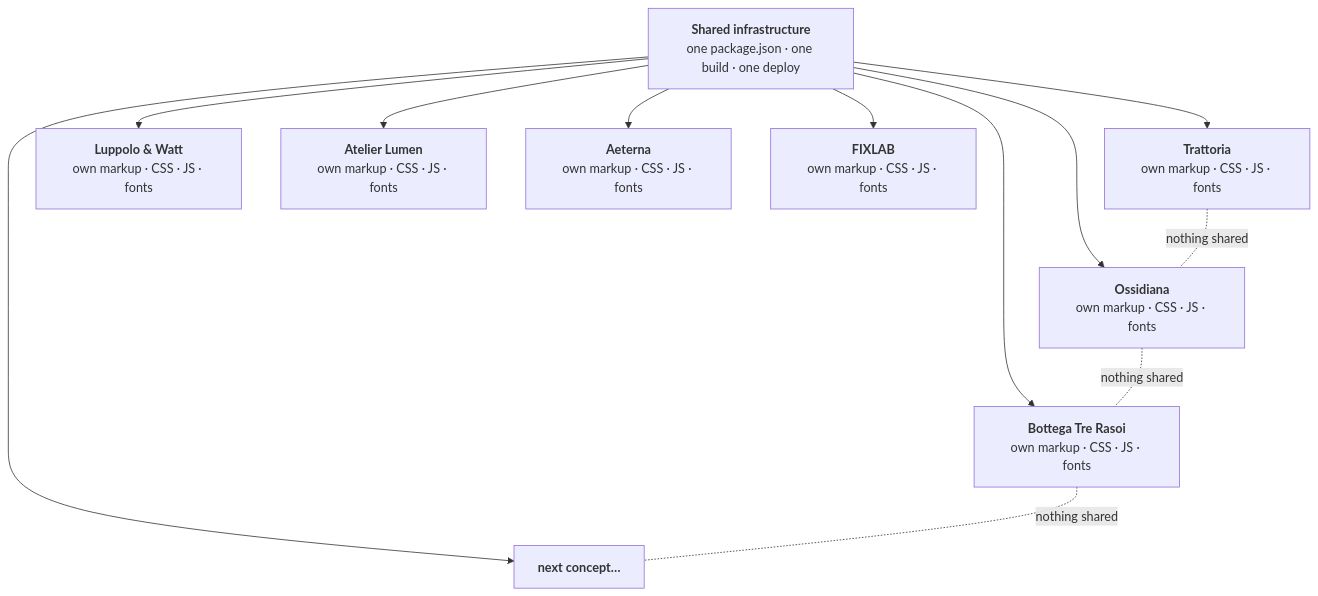
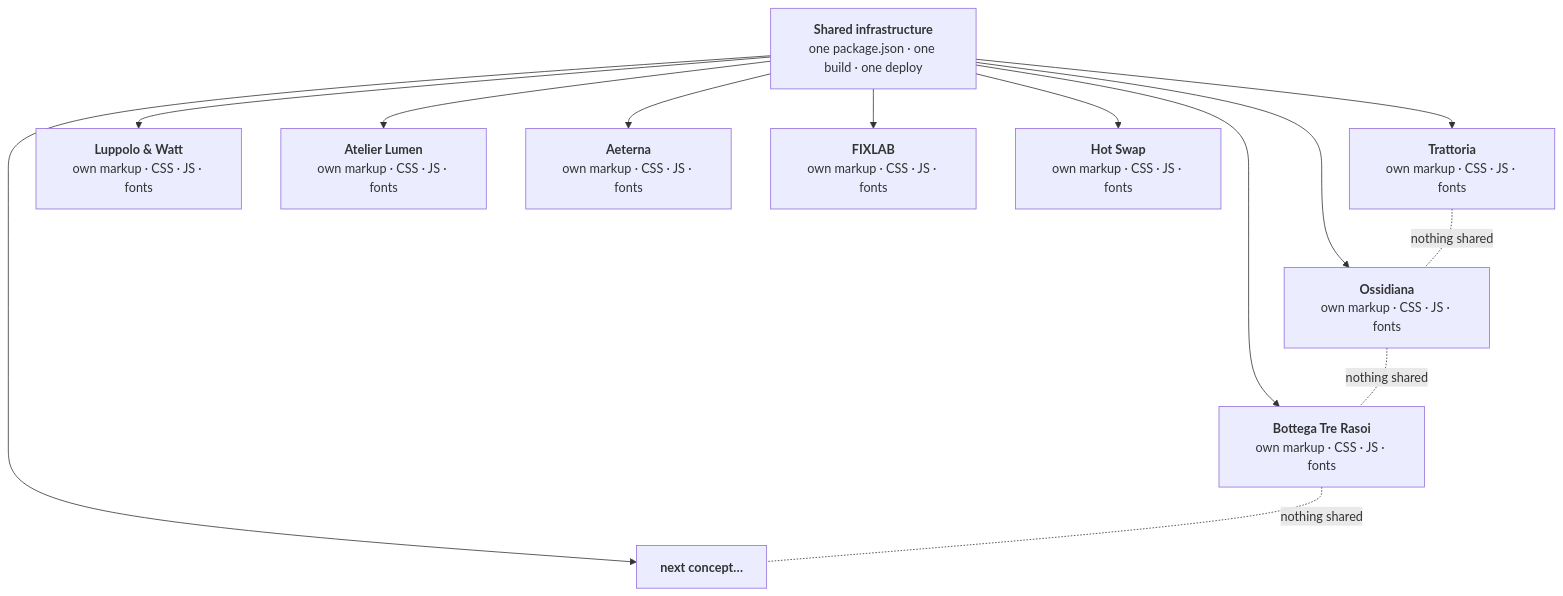
One commit to Loop-Studio-Web/vetrine changed the diagram in README.md. Above: the diagram before and after it, drawn with Mermaid. The commit also changed other lines of this file and 33 other files, not shown here.

Commit message:
Tech / Hot Swap: negozio di computer e gaming (Medium), in inglese: configuratore PC con regole vere, shop con FLIP e confronto, lista con ritiro in negozio, servizi, offerte del giorno, visita; hub, info, sitemap, README, banner e documentazione

````diff
--- a/README.md
+++ b/README.md
@@ -191,15 +210,16 @@
 ```mermaid
 flowchart TB
     infra["<b>Shared infrastructure</b><br/>one package.json · one build · one deploy"]
     infra --> T["<b>Trattoria</b><br/>own markup · CSS · JS · fonts"]
     infra --> O["<b>Ossidiana</b><br/>own markup · CSS · JS · fonts"]
     infra --> R["<b>Luppolo & Watt</b><br/>own markup · CSS · JS · fonts"]
     infra --> B["<b>Bottega Tre Rasoi</b><br/>own markup · CSS · JS · fonts"]
     infra --> L["<b>Atelier Lumen</b><br/>own markup · CSS · JS · fonts"]
     infra --> A["<b>Aeterna</b><br/>own markup · CSS · JS · fonts"]
     infra --> F["<b>FIXLAB</b><br/>own markup · CSS · JS · fonts"]
+    infra --> H["<b>Hot Swap</b><br/>own markup · CSS · JS · fonts"]
     infra --> N["<b>next concept…</b>"]
     T -.-|nothing shared| O
     O -.-|nothing shared| B
     B -.-|nothing shared| N
 ```
````
